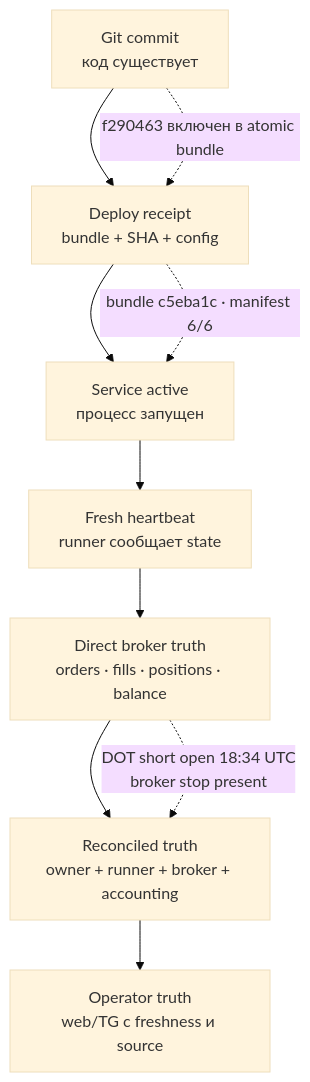
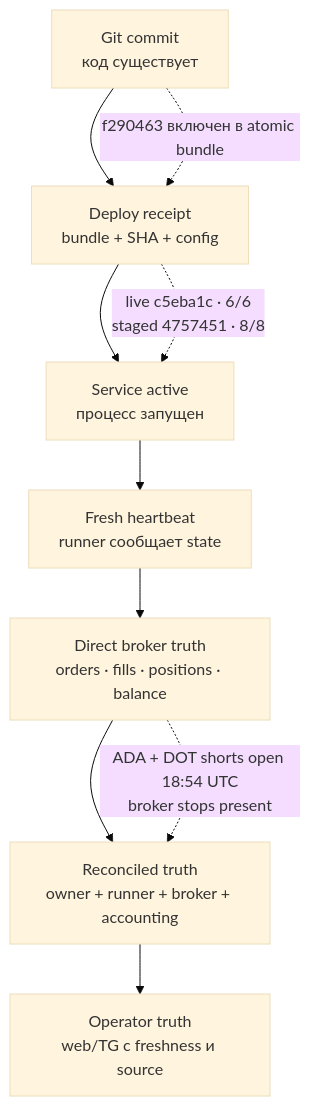
Before and after one commit to Brokenbass90/by-bot: the second of 6 diagrams in reports/CODEX_PROJECT_VISUAL_MAP_2026_08_10.md, drawn with Mermaid (base theme). The commit also changed other lines of this file and 5 other files, not shown here.

````diff
--- a/reports/CODEX_PROJECT_VISUAL_MAP_2026_08_10.md
+++ b/reports/CODEX_PROJECT_VISUAL_MAP_2026_08_10.md
@@ -26,13 +26,13 @@
 ```mermaid
 flowchart TD
     G["Git commit<br/>код существует"] --> P["Deploy receipt<br/>bundle + SHA + config"]
     P --> S["Service active<br/>процесс запущен"]
     S --> HB["Fresh heartbeat<br/>runner сообщает state"]
     HB --> BR["Direct broker truth<br/>orders · fills · positions · balance"]
     BR --> RC["Reconciled truth<br/>owner + runner + broker + accounting"]
     RC --> UI["Operator truth<br/>web/TG с freshness и source"]
 
     G -. "f290463 включен в atomic bundle" .-> P
-    P -. "bundle c5eba1c · manifest 6/6" .-> S
-    BR -. "DOT short open 18:34 UTC<br/>broker stop present" .-> RC
+    P -. "live c5eba1c · 6/6<br/>staged 4757451 · 8/8" .-> S
+    BR -. "ADA + DOT shorts open 18:54 UTC<br/>broker stops present" .-> RC
 ```
````
